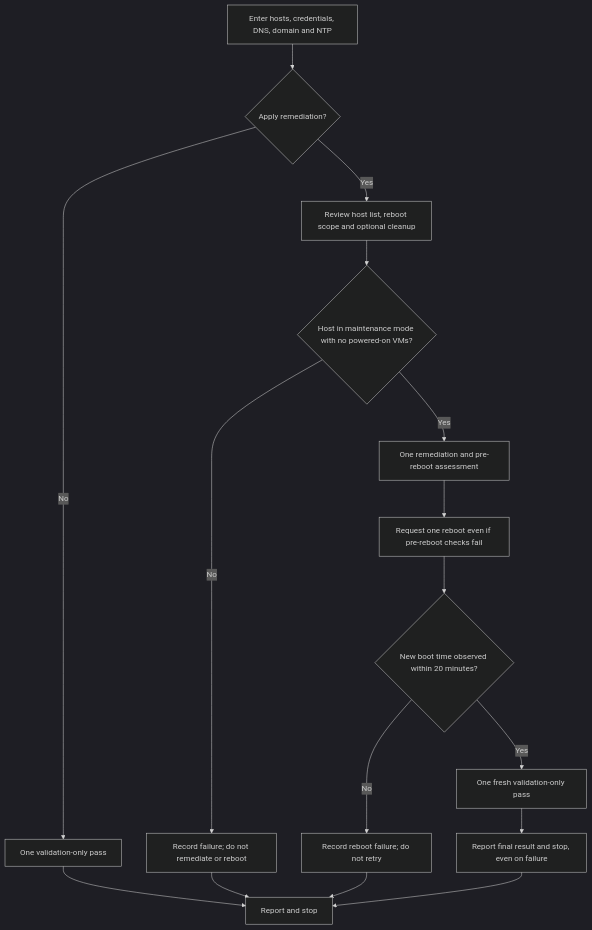
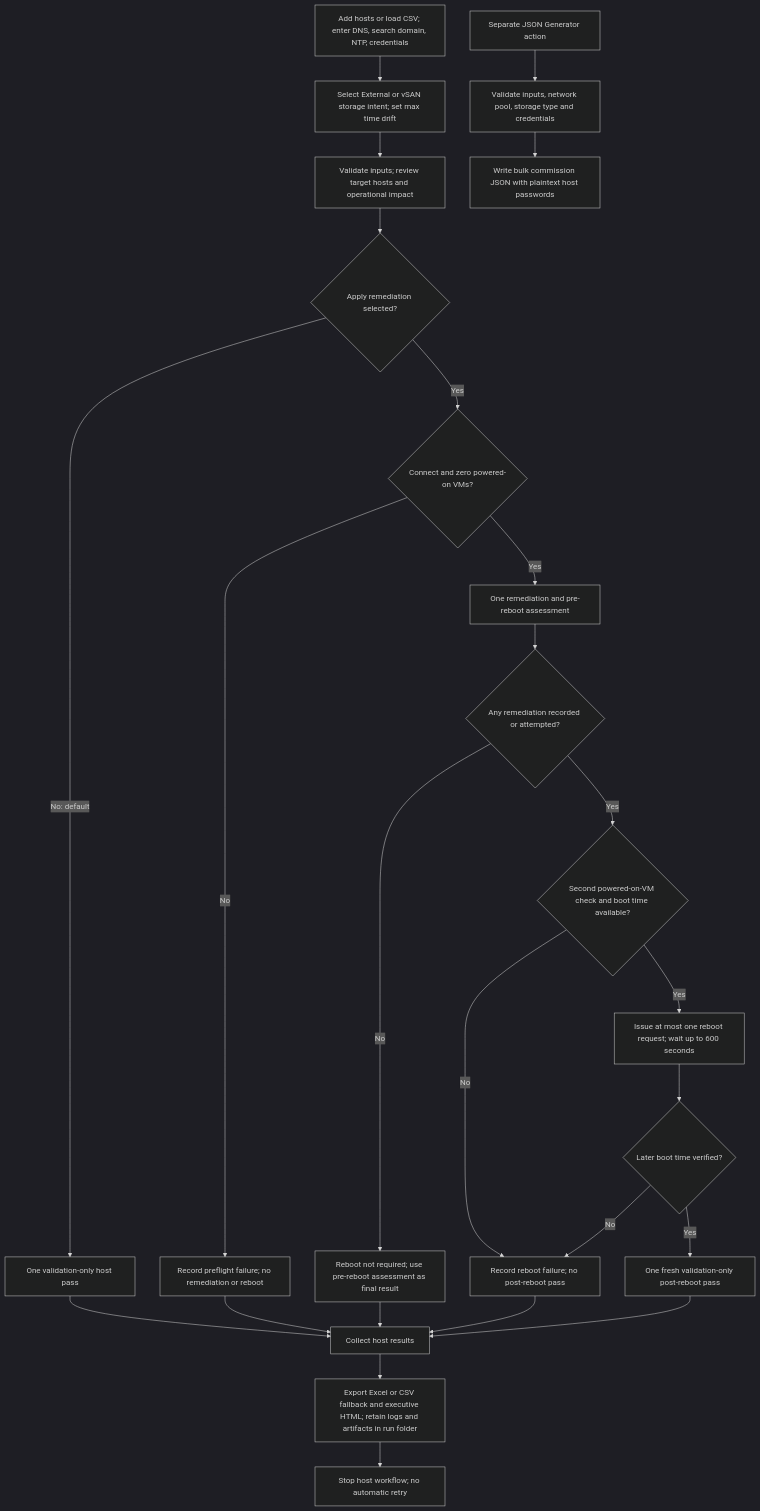
The diagram in README.md (Achieve1molle/VCF-9.1-ESX-Host-Commissioning), drawn with Mermaid (dark theme) before and after one commit. The commit also changed other lines of this file, not shown here.

````diff
--- a/README.md
+++ b/README.md
@@ -24,18 +14,27 @@
 ```mermaid
 flowchart TD
-    A[Enter hosts, credentials, DNS, domain and NTP] --> B{Apply remediation?}
-    B -->|No| V[One validation-only pass]
-    V --> Z[Report and stop]
-    B -->|Yes| C[Review host list, reboot scope and optional cleanup]
-    C --> D{Host in maintenance mode with no powered-on VMs?}
-    D -->|No| F[Record failure; do not remediate or reboot]
-    D -->|Yes| E[One remediation and pre-reboot assessment]
-    E --> R[Request one reboot even if pre-reboot checks fail]
-    R --> W{New boot time observed within 20 minutes?}
-    W -->|No| T[Record reboot failure; do not retry]
-    W -->|Yes| P[One fresh validation-only pass]
-    P --> Q[Report final result and stop, even on failure]
-    F --> Z
-    T --> Z
-    Q --> Z
+    A[Add hosts or load CSV; enter DNS, search domain, NTP, credentials] --> B[Select External or vSAN storage intent; set max time drift]
+    B --> C[Validate inputs; review target hosts and operational impact]
+    C --> D{Apply remediation selected?}
+    D -- No: default --> V[One validation-only host pass]
+    V --> R[Collect host results]
+    D -- Yes --> P{Connect and zero powered-on VMs?}
+    P -- No --> F[Record preflight failure; no remediation or reboot]
+    F --> R
+    P -- Yes --> M[One remediation and pre-reboot assessment]
+    M --> Q{Any remediation recorded or attempted?}
+    Q -- No --> N[Reboot not required; use pre-reboot assessment as final result]
+    N --> R
+    Q -- Yes --> X{Second powered-on-VM check and boot time available?}
+    X -- No --> E[Record reboot failure; no post-reboot pass]
+    E --> R
+    X -- Yes --> Y[Issue at most one reboot request; wait up to 600 seconds]
+    Y --> Z{Later boot time verified?}
+    Z -- No --> E
+    Z -- Yes --> W[One fresh validation-only post-reboot pass]
+    W --> R
+    R --> O[Export Excel or CSV fallback and executive HTML; retain logs and artifacts in run folder]
+    O --> S[Stop host workflow; no automatic retry]
+    J[Separate JSON Generator action] --> K[Validate inputs, network pool, storage type and credentials]
+    K --> L[Write bulk commission JSON with plaintext host passwords]
 ```
````
